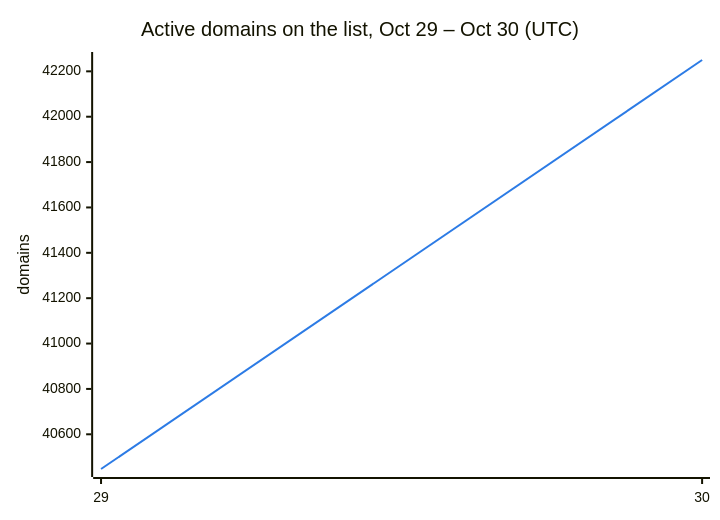
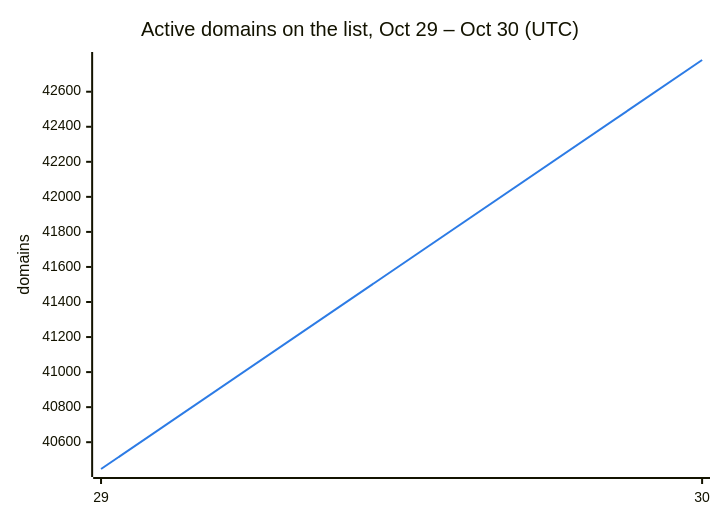
One commit to DNSBunker/CTI changed the second of 3 diagrams in README.md. Above: the diagram before and after it, drawn with Mermaid. The commit also changed other lines of this file and 3 other files, not shown here.

````diff
--- a/README.md
+++ b/README.md
@@ -38,8 +38,8 @@
 ```mermaid
 %%{init: {"themeVariables": {"xyChart": {"plotColorPalette": "#2c7be5"}}}}%%
 xychart-beta
     title "Active domains on the list, Oct 29 – Oct 30 (UTC)"
     x-axis ["29", "30"]
     y-axis "domains"
-    line [40447, 42250]
+    line [40447, 42781]
 ```
````
